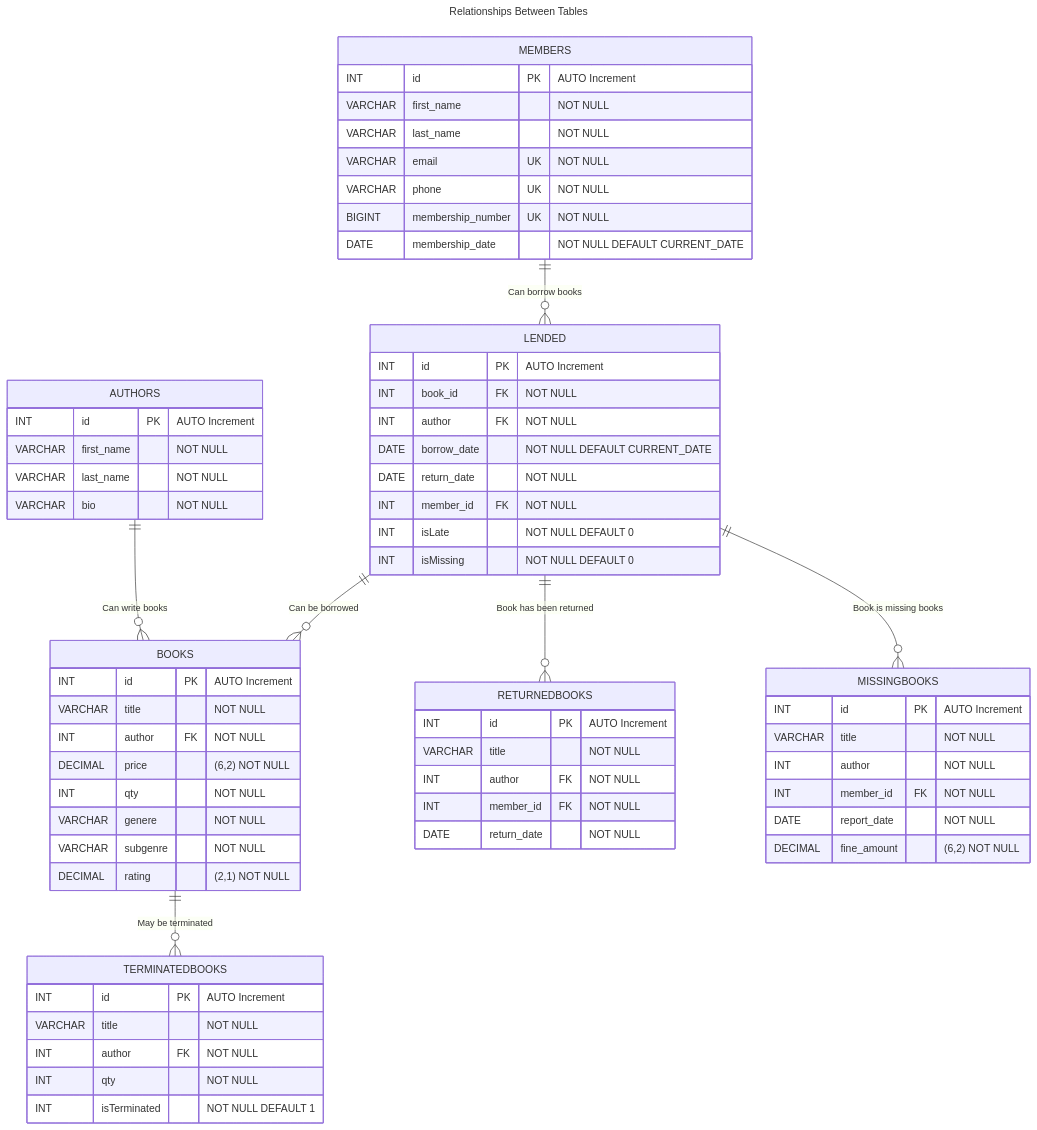
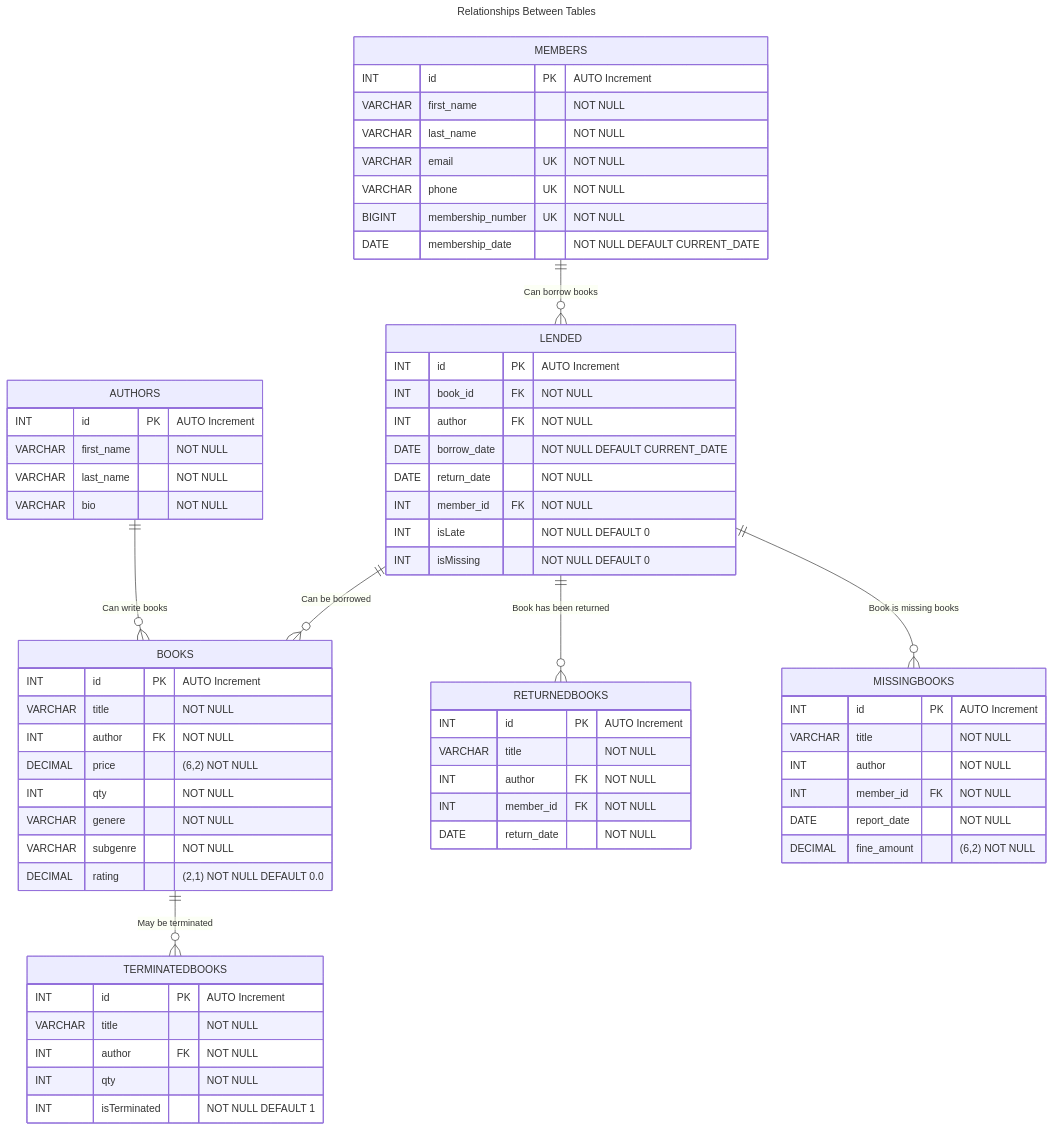
One commit to krigjo25/webapp-LibSys-vupy changed the diagram in backend/docs/diagrams/book-erdiagram.md. Above: the diagram before and after it, drawn with Mermaid. The commit also changed 29 other files, not shown here.

````diff
--- a/backend/docs/diagrams/book-erdiagram.md
+++ b/backend/docs/diagrams/book-erdiagram.md
@@ -1,79 +1,79 @@
 ```mermaid
 ---
 title: Relationships Between Tables
 ---
 erDiagram
     BOOKS ||--o{ TERMINATEDBOOKS : "May be terminated"
     LENDED ||--o{ BOOKS : "Can be borrowed"
     MEMBERS ||--o{ LENDED : "Can borrow books"
     AUTHORS ||--o{ BOOKS : "Can write books"
     LENDED ||--o{ RETURNEDBOOKS : "Book has been returned"
     LENDED ||--o{ MISSINGBOOKS : "Book is missing books"
 
     BOOKS {
         INT id PK "AUTO Increment"
         VARCHAR title "NOT NULL"
-        INT author FK"NOT NULL"
+        INT author FK "NOT NULL"
         DECIMAL price "(6,2) NOT NULL"
         INT qty "NOT NULL"
         VARCHAR genere "NOT NULL"
         VARCHAR subgenre "NOT NULL"
-        DECIMAL rating "(2,1) NOT NULL"
+        DECIMAL rating "(2,1) NOT NULL DEFAULT 0.0"
     }
 
     LENDED {
         INT id PK "AUTO Increment"
         INT book_id FK "NOT NULL"
         INT author FK "NOT NULL"
         DATE borrow_date "NOT NULL DEFAULT CURRENT_DATE"
         DATE return_date "NOT NULL"
         INT member_id FK "NOT NULL"
         INT isLate "NOT NULL DEFAULT 0"
         INT isMissing "NOT NULL DEFAULT 0"
         
     }
 
     TERMINATEDBOOKS 
     {
         INT id PK "AUTO Increment"
         VARCHAR title "NOT NULL"
         INT author FK "NOT NULL"
         INT qty "NOT NULL"
         INT isTerminated "NOT NULL DEFAULT 1"
     }
 
     RETURNEDBOOKS 
     {
         INT id PK "AUTO Increment"
         VARCHAR title "NOT NULL"
         INT author FK "NOT NULL"
         INT member_id FK "NOT NULL"
         DATE return_date "NOT NULL"
     }
     MISSINGBOOKS 
     {
         INT id PK "AUTO Increment"
         VARCHAR title "NOT NULL"
         INT author "NOT NULL"
         INT member_id FK "NOT NULL"
         DATE report_date "NOT NULL"
         DECIMAL fine_amount "(6,2) NOT NULL"
     }
 
     MEMBERS {
         INT id PK "AUTO Increment"
         VARCHAR first_name "NOT NULL"
         VARCHAR last_name "NOT NULL"
         VARCHAR email UK "NOT NULL"
         VARCHAR phone UK "NOT NULL"
         BIGINT membership_number UK "NOT NULL"
         DATE membership_date "NOT NULL DEFAULT CURRENT_DATE"
     }
 
     AUTHORS {
         INT id PK "AUTO Increment"
         VARCHAR first_name "NOT NULL"
         VARCHAR last_name "NOT NULL"
         VARCHAR bio "NOT NULL"
     }
 ```
````
